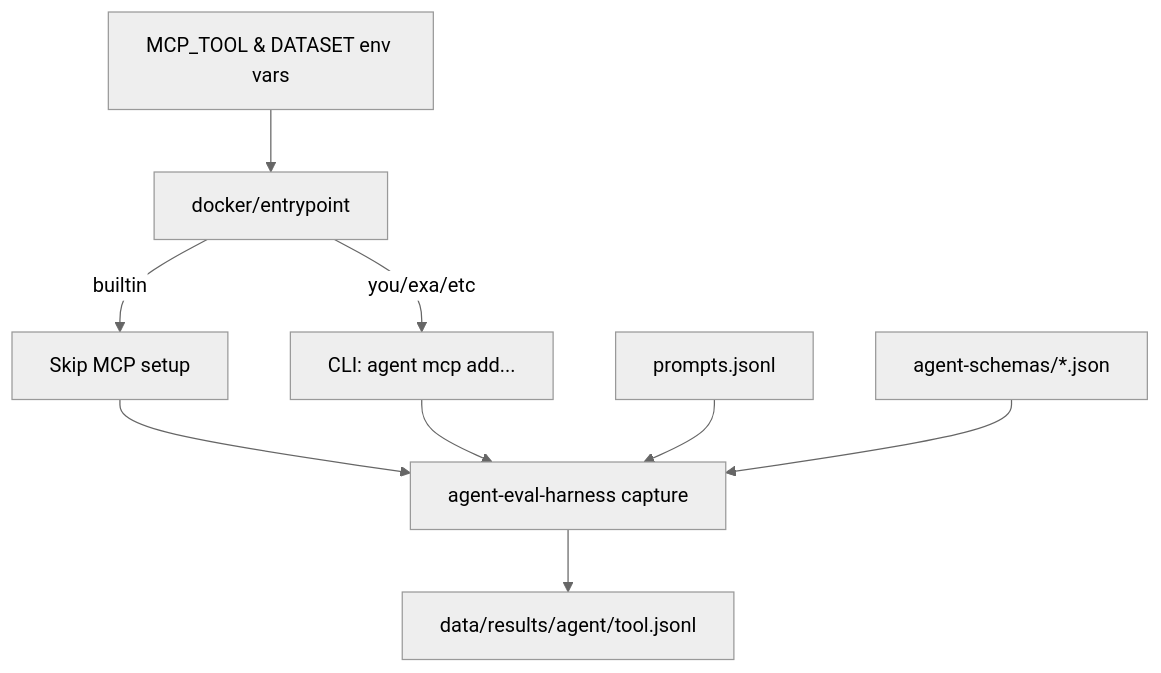
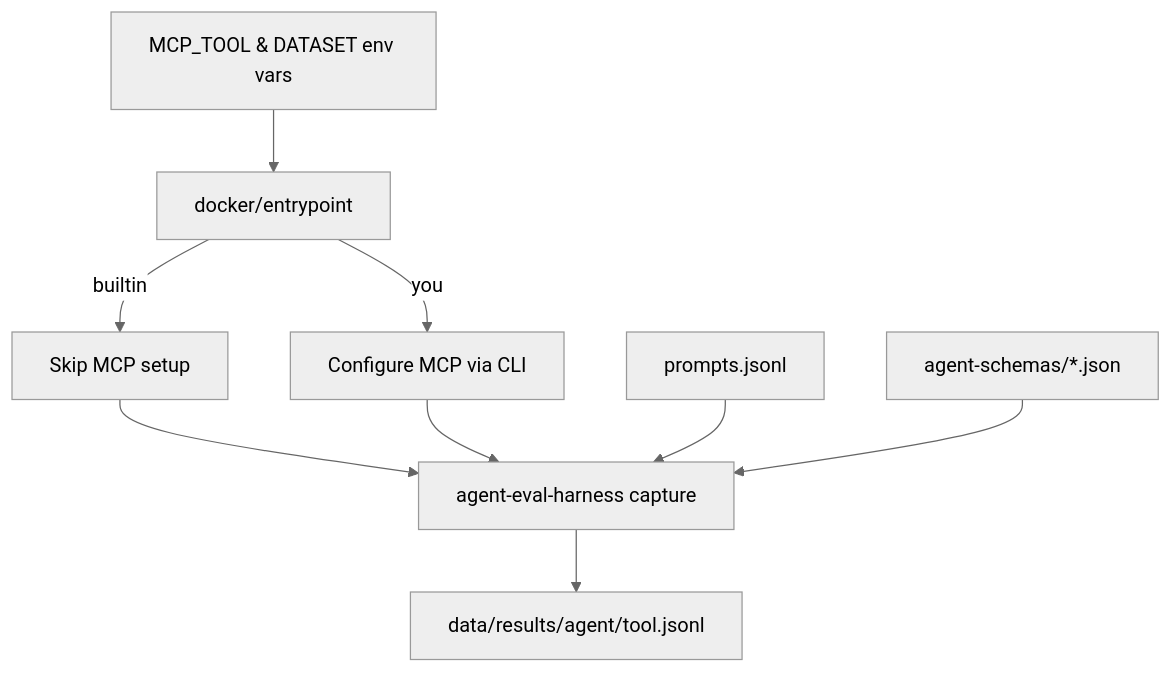
The diagram in README.md (youdotcom-oss/web-search-agent-evals), drawn with Mermaid (neutral theme) before and after one commit. The commit also changed other lines of this file and 3 other files, not shown here.

````diff
--- a/README.md
+++ b/README.md
@@ -17,13 +16,13 @@
 ```mermaid
 flowchart TD
     Env[MCP_TOOL & DATASET env vars] --> Entrypoint[docker/entrypoint]
     Entrypoint -->|builtin| SkipMCP[Skip MCP setup]
-    Entrypoint -->|you/exa/etc| ConfigMCP[CLI: agent mcp add...]
+    Entrypoint -->|you| ConfigMCP[Configure MCP via CLI]
 
     SkipMCP --> Harness[agent-eval-harness capture]
     ConfigMCP --> Harness
 
     Prompts[prompts.jsonl] --> Harness
     Schemas[agent-schemas/*.json] --> Harness
     Harness --> Results[data/results/agent/tool.jsonl]
 ```
````
